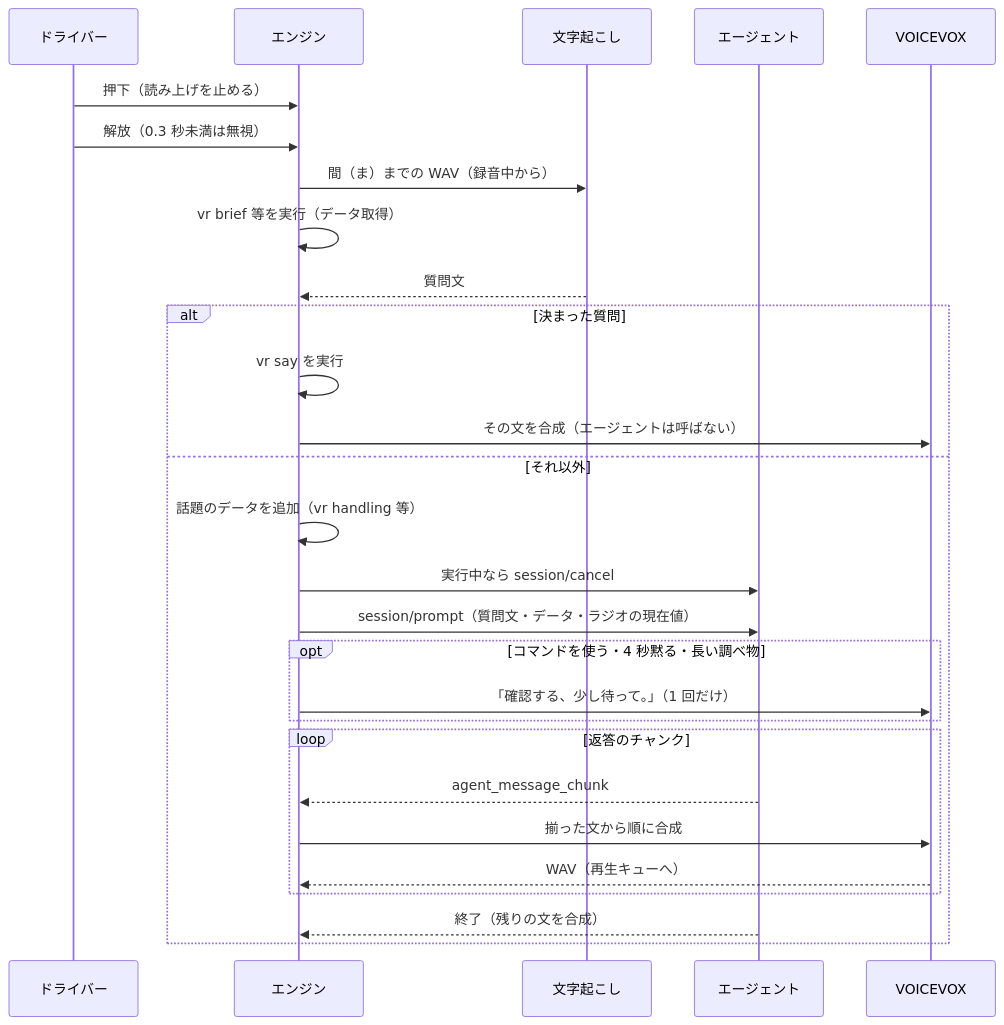
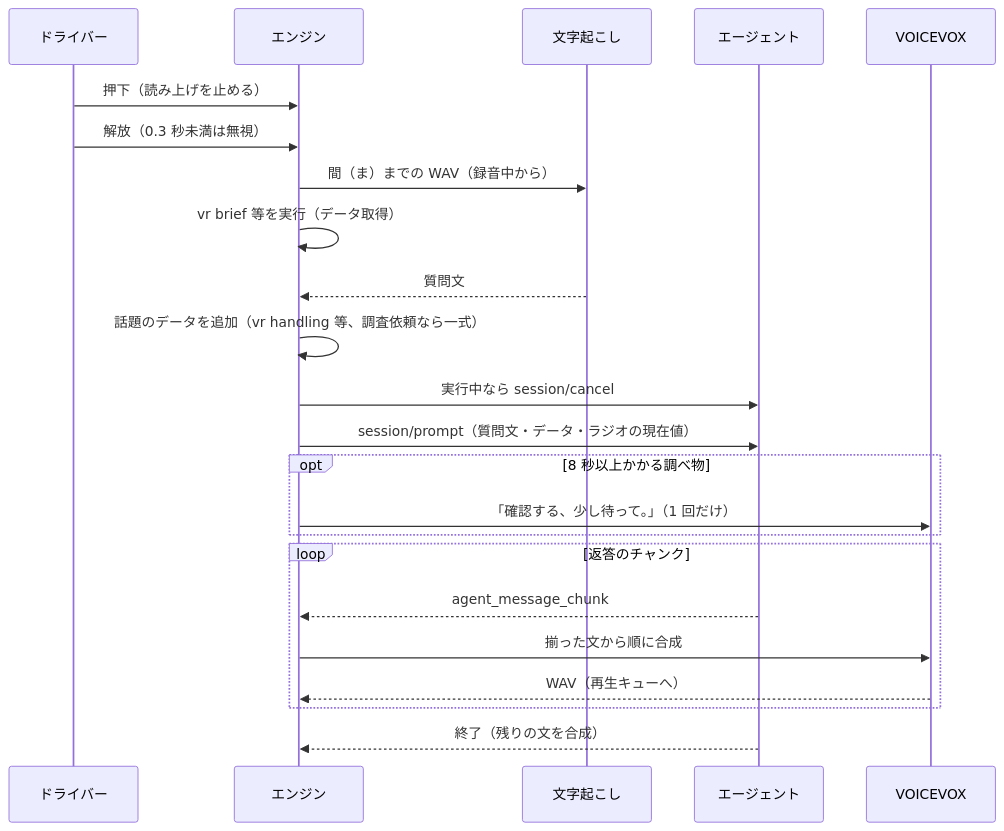
The second of 3 diagrams in crates/vr-radio/docs/architecture.md (r4ai/vibe-racing), drawn with Mermaid before and after one commit. The commit also changed other lines of this file and 21 other files, not shown here.

````diff
--- a/crates/vr-radio/docs/architecture.md
+++ b/crates/vr-radio/docs/architecture.md
@@ -169,30 +166,25 @@
 ```mermaid
 sequenceDiagram
     participant D as ドライバー
     participant E as エンジン
     participant S as 文字起こし
     participant A as エージェント
     participant V as VOICEVOX
     D->>E: 押下（読み上げを止める）
     D->>E: 解放（0.3 秒未満は無視）
     E->>S: 間（ま）までの WAV（録音中から）
     E->>E: vr brief 等を実行（データ取得）
     S-->>E: 質問文
-    alt 決まった質問
-        E->>E: vr say を実行
-        E->>V: その文を合成（エージェントは呼ばない）
-    else それ以外
-    E->>E: 話題のデータを追加（vr handling 等）
+    E->>E: 話題のデータを追加（vr handling 等、調査依頼なら一式）
     E->>A: 実行中なら session/cancel
     E->>A: session/prompt（質問文・データ・ラジオの現在値）
-    opt コマンドを使う・4 秒黙る・長い調べ物
+    opt 8 秒以上かかる調べ物
         E->>V: 「確認する、少し待って。」（1 回だけ）
     end
     loop 返答のチャンク
         A-->>E: agent_message_chunk
         E->>V: 揃った文から順に合成
         V-->>E: WAV（再生キューへ）
     end
     A-->>E: 終了（残りの文を合成）
-    end
 ```
````
